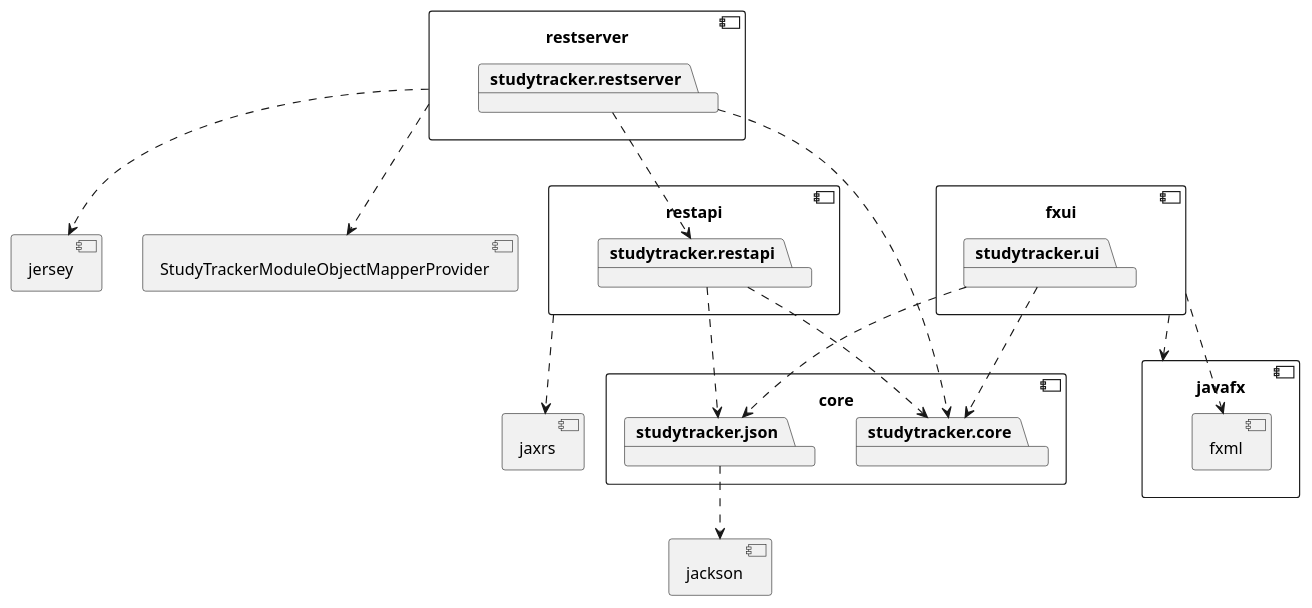
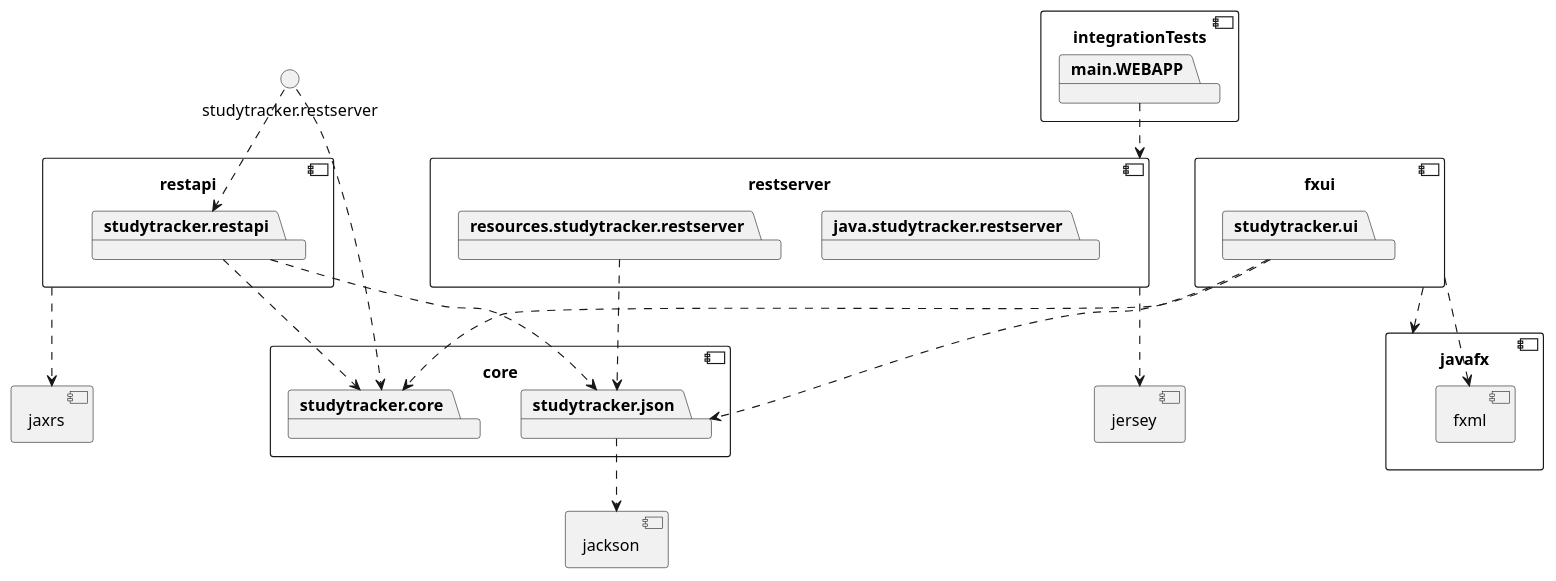
Before and after one commit to bmksimons/studytracker: the fourth of 4 diagrams in IT1901/README.md, drawn with PlantUML.

````diff
--- a/IT1901/README.md
+++ b/IT1901/README.md
@@ -173,60 +173,64 @@
 ```plantuml
 @startuml
 
 component restserver {
 }
 
 component core {
 	package studytracker.core
 	package studytracker.json
 }
 component jackson {
 }
 
 studytracker.json ..> jackson
 
 
 component fxui {
 	package studytracker.ui
 }
 
 component javafx {
 	component fxml {
 	}
 }
 
 fxui ..> javafx
 fxui ..> fxml
 
 studytracker.ui ..> studytracker.core
 studytracker.ui ..> studytracker.json
 
 component restapi {
 	package studytracker.restapi
 }
 
 component jaxrs {
 }
 
 restapi ..> jaxrs
 
 studytracker.restapi ..> studytracker.core
 studytracker.restapi ..> studytracker.json
 
 component restserver {
-	package studytracker.restserver
+	package java.studytracker.restserver
+	package resources.studytracker.restserver
 }
 studytracker.restserver ..> studytracker.restapi
 studytracker.restserver ..> studytracker.core
 
 component jersey {
 }
 
-component StudyTrackerModuleObjectMapperProvider {
+restserver ..> jersey
+
+component integrationTests {
+    package main.WEBAPP
 }
 
-restserver ..> jersey
-restserver ..> StudyTrackerModuleObjectMapperProvider
+main.WEBAPP ..> restserver
+resources.studytracker.restserver ..> studytracker.json
 
 @enduml
 ```
````
